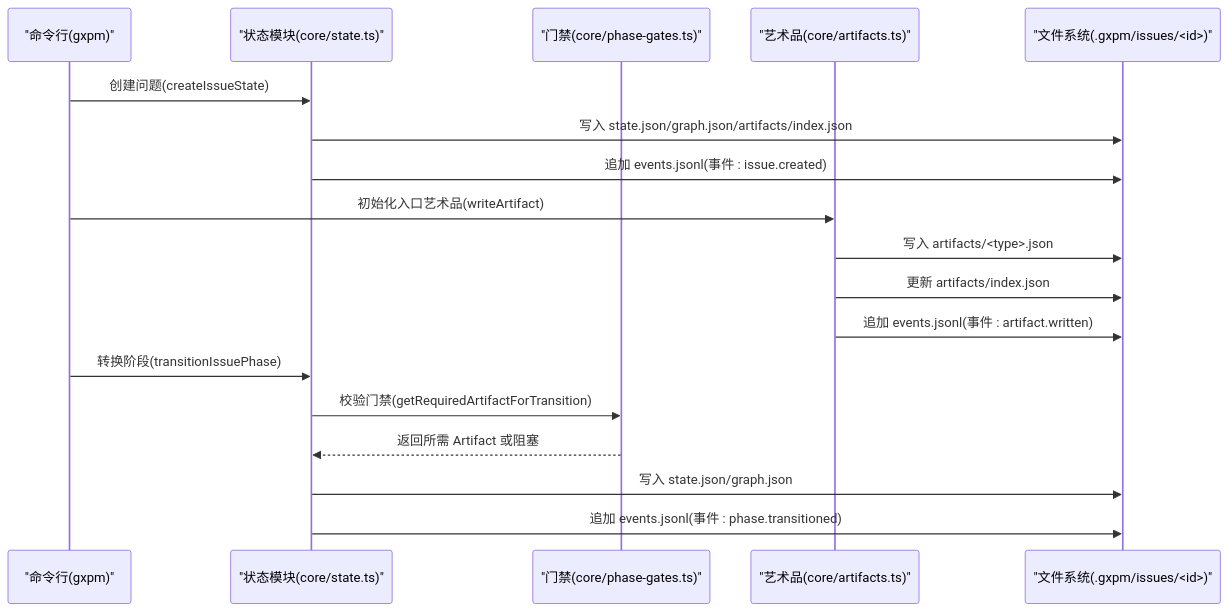
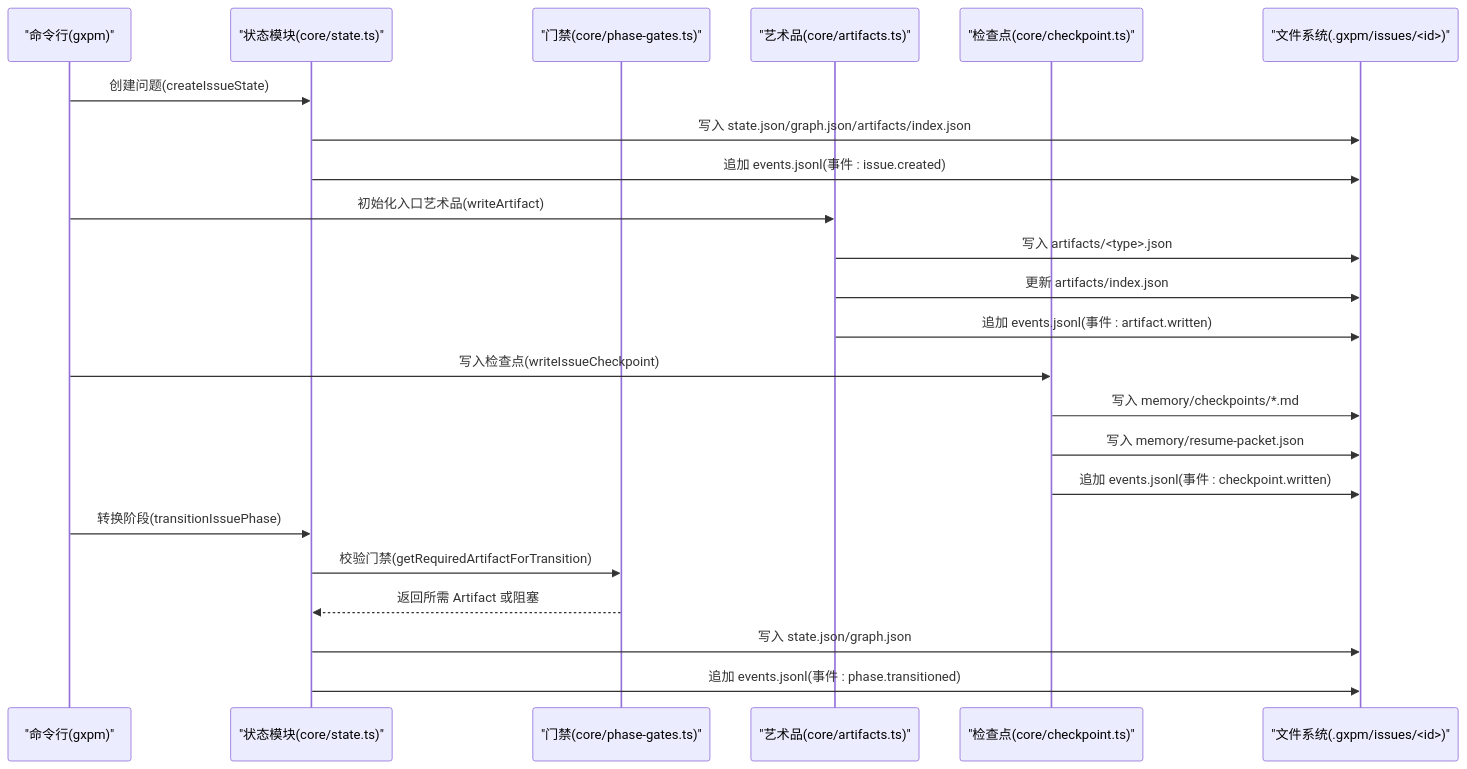
One commit to laozhong86/gxpm changed the second of 10 diagrams in .qoder/repowiki/zh/content/核心概念/状态机系统.md. Above: the diagram before and after it, drawn with Mermaid. The commit also changed other lines of this file and 8 other files, not shown here.

````diff
--- a/.qoder/repowiki/zh/content/核心概念/状态机系统.md
+++ b/.qoder/repowiki/zh/content/核心概念/状态机系统.md
@@ -106,20 +148,25 @@
 ```mermaid
 sequenceDiagram
 participant CLI as "命令行(gxpm)"
 participant State as "状态模块(core/state.ts)"
 participant Gate as "门禁(core/phase-gates.ts)"
 participant Art as "艺术品(core/artifacts.ts)"
+participant Check as "检查点(core/checkpoint.ts)"
 participant FS as "文件系统(.gxpm/issues/<id>)"
 CLI->>State : 创建问题(createIssueState)
 State->>FS : 写入 state.json/graph.json/artifacts/index.json
 State->>FS : 追加 events.jsonl(事件 : issue.created)
 CLI->>Art : 初始化入口艺术品(writeArtifact)
 Art->>FS : 写入 artifacts/<type>.json
 Art->>FS : 更新 artifacts/index.json
 Art->>FS : 追加 events.jsonl(事件 : artifact.written)
+CLI->>Check : 写入检查点(writeIssueCheckpoint)
+Check->>FS : 写入 memory/checkpoints/*.md
+Check->>FS : 写入 memory/resume-packet.json
+Check->>FS : 追加 events.jsonl(事件 : checkpoint.written)
 CLI->>State : 转换阶段(transitionIssuePhase)
 State->>Gate : 校验门禁(getRequiredArtifactForTransition)
 Gate-->>State : 返回所需 Artifact 或阻塞
 State->>FS : 写入 state.json/graph.json
 State->>FS : 追加 events.jsonl(事件 : phase.transitioned)
 ```
````
